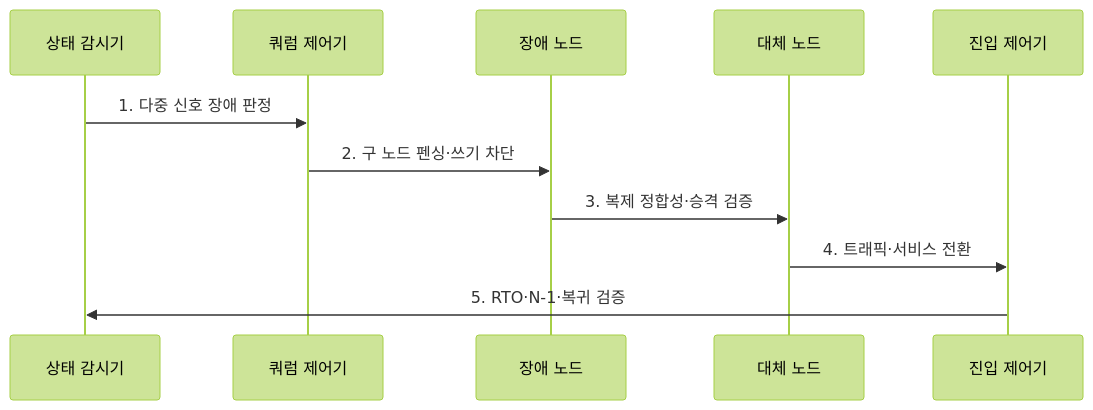
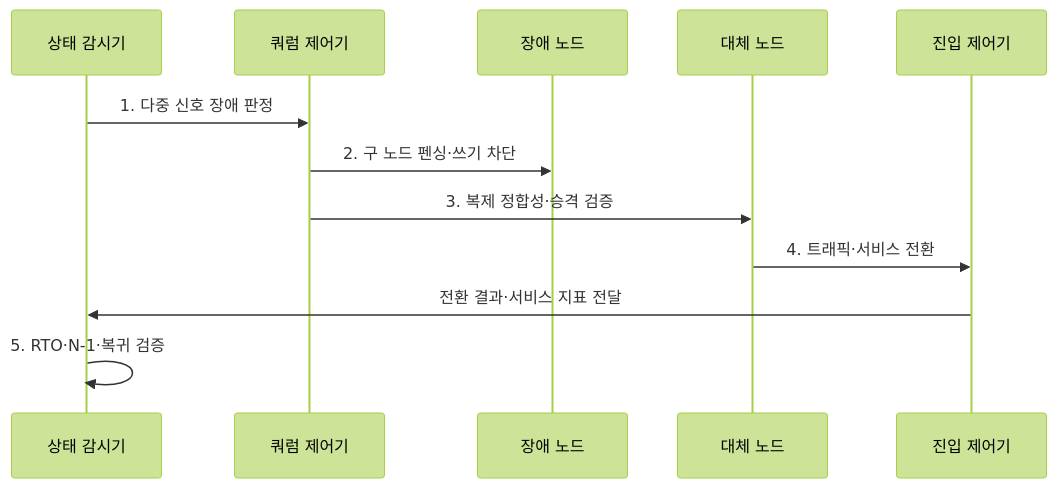
The second of 2 diagrams in src/content/docs/notes/06-evaluation/017_high_availability_architecture.md (agnusdei1207/knowledge-base), drawn with Mermaid (forest theme) before and after one commit. The commit also changed other lines of this file and 20 other files, not shown here.

````diff
--- a/src/content/docs/notes/06-evaluation/017_high_availability_architecture.md
+++ b/src/content/docs/notes/06-evaluation/017_high_availability_architecture.md
@@ -86,13 +86,14 @@
 ```mermaid
 sequenceDiagram
   participant M as 상태 감시기
   participant Q as 쿼럼 제어기
   participant F as 장애 노드
   participant S as 대체 노드
   participant L as 진입 제어기
   M->>Q: 1. 다중 신호 장애 판정
   Q->>F: 2. 구 노드 펜싱·쓰기 차단
-  F->>S: 3. 복제 정합성·승격 검증
+  Q->>S: 3. 복제 정합성·승격 검증
   S->>L: 4. 트래픽·서비스 전환
-  L->>M: 5. RTO·N-1·복귀 검증
+  L->>M: 전환 결과·서비스 지표 전달
+  M->>M: 5. RTO·N-1·복귀 검증
 ```
````
